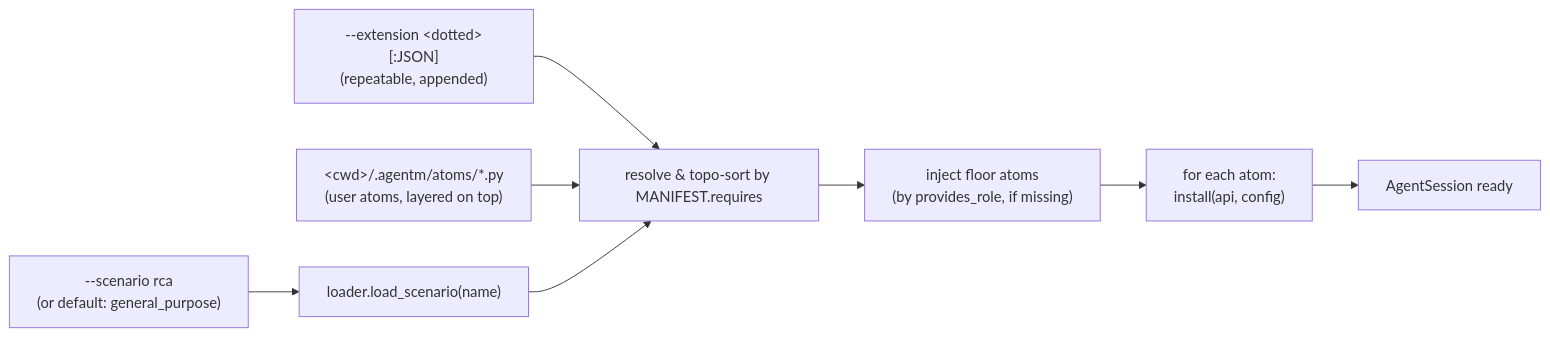
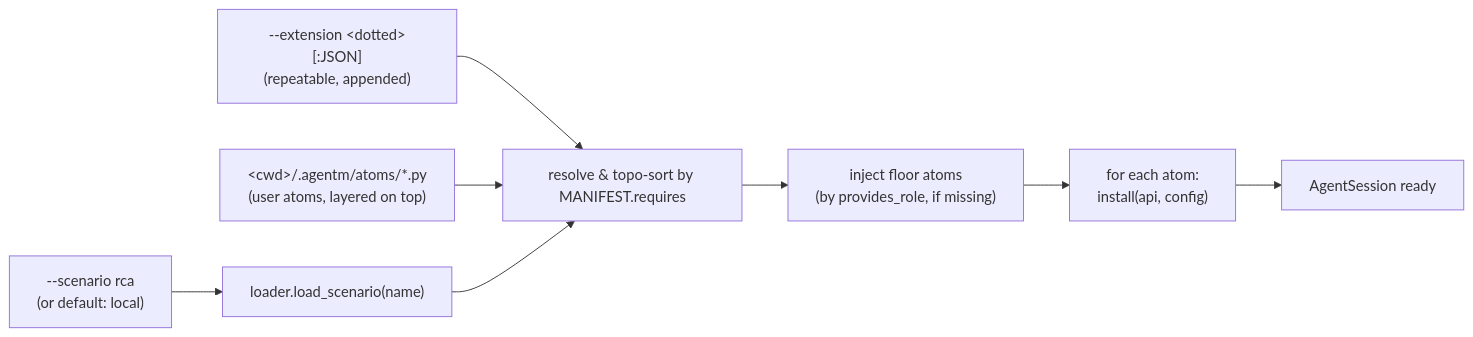
Before and after one commit to Lincyaw/AgentM: the diagram in README.md, drawn with Mermaid. The commit also changed other lines of this file and 32 other files, not shown here.

First line of the commit message:
refactor(scenario): rename general_purpose→local, agent_env_repo→sandbox; delete redundant agent_env/coding/coding_sandbox

````diff
--- a/README.md
+++ b/README.md
@@ -31,10 +31,10 @@
 ```mermaid
 flowchart LR
-    SC["--scenario rca<br/>(or default: general_purpose)"] --> L["loader.load_scenario(name)"]
+    SC["--scenario rca<br/>(or default: local)"] --> L["loader.load_scenario(name)"]
     EX["--extension &lt;dotted&gt;[:JSON]<br/>(repeatable, appended)"] --> R
     UA["&lt;cwd&gt;/.agentm/atoms/*.py<br/>(user atoms, layered on top)"] --> R
     L --> R["resolve &amp; topo-sort by MANIFEST.requires"]
     R --> F["inject floor atoms<br/>(by provides_role, if missing)"]
     F --> I["for each atom:<br/>install(api, config)"]
     I --> S["AgentSession ready"]
 ```
````
